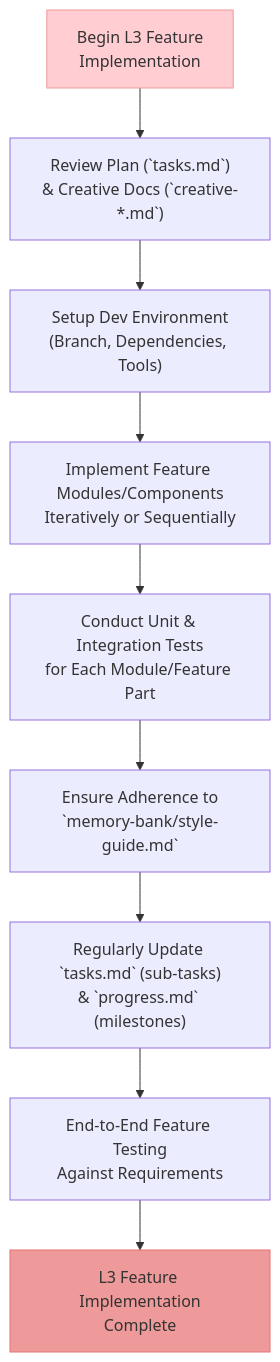
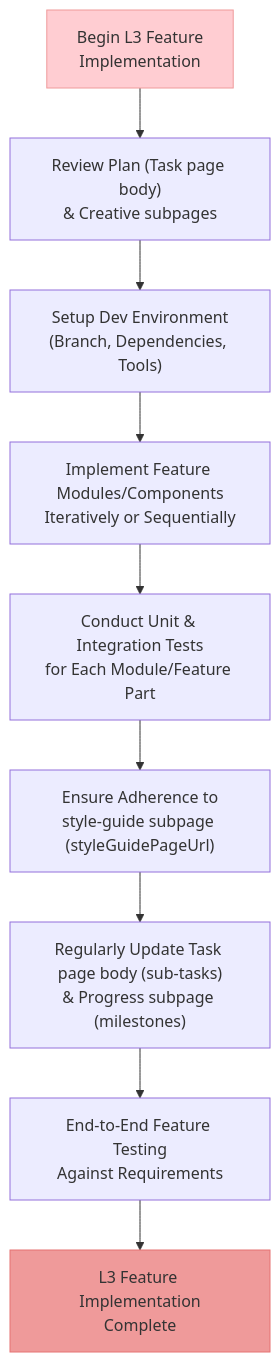
One commit to xianzhu21/cursor-memory-notion changed the sixth of 8 diagrams in .cursor/rules/isolation_rules/Level3/workflow-level3.mdc. Above: the diagram before and after it, drawn with Mermaid. The commit also changed other lines of this file and 37 other files, not shown here.

First line of the commit message:
feat: align Memory Bank rules with file-based terminology

````diff
--- a/.cursor/rules/isolation_rules/Level3/workflow-level3.mdc
+++ b/.cursor/rules/isolation_rules/Level3/workflow-level3.mdc
@@ -203,14 +207,14 @@
 ```mermaid
 graph TD
-    StartImpl["Begin L3 Feature<br>Implementation"] --> ReviewPlanDesign["Review Plan (`tasks.md`)<br>& Creative Docs (`creative-*.md`)"]
+    StartImpl["Begin L3 Feature<br>Implementation"] --> ReviewPlanDesign["Review Plan (Task page body)<br>& Creative subpages"]
     ReviewPlanDesign --> SetupDevEnv["Setup Dev Environment<br>(Branch, Dependencies, Tools)"]
     SetupDevEnv --> BuildModules["Implement Feature Modules/Components<br>Iteratively or Sequentially"]
     BuildModules --> UnitIntegrationTests["Conduct Unit & Integration Tests<br>for Each Module/Feature Part"]
-    UnitIntegrationTests --> StyleAdherence["Ensure Adherence to<br>`memory-bank/style-guide.md`"]
-    StyleAdherence --> UpdateProgressDocs["Regularly Update `tasks.md` (sub-tasks)<br>& `progress.md` (milestones)"]
+    UnitIntegrationTests --> StyleAdherence["Ensure Adherence to<br>style-guide subpage (styleGuidePageUrl)"]
+    StyleAdherence --> UpdateProgressDocs["Regularly Update Task page body (sub-tasks)<br>& Progress subpage (milestones)"]
     UpdateProgressDocs --> E2EFeatureTest["End-to-End Feature Testing<br>Against Requirements"]
     E2EFeatureTest --> ImplComplete["L3 Feature Implementation<br>Complete"]
 
     style StartImpl fill:#ffcdd2,stroke:#ef9a9a
     style ImplComplete fill:#ef9a9a,stroke:#e57373
 ```
````
